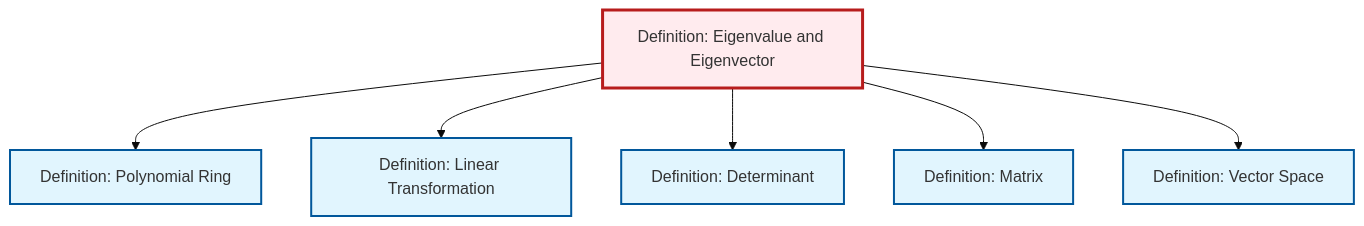
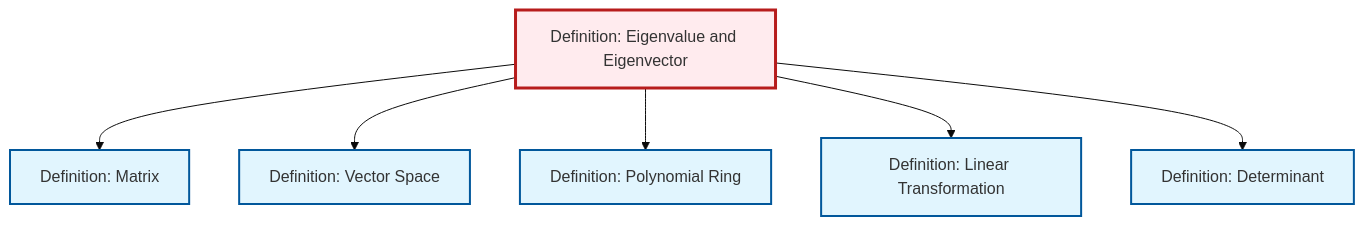
One commit to RK0429/ModernMath changed the diagram in content/en/algebra/def-eigenvalue-eigenvector.qmd. Above: the diagram before and after it, drawn with Mermaid (base theme). The commit also changed other lines of this file and 17 other files, not shown here.

First line of the commit message:
feat: Add Hilbert space definition with comprehensive cross-references

````diff
--- a/content/en/algebra/def-eigenvalue-eigenvector.qmd
+++ b/content/en/algebra/def-eigenvalue-eigenvector.qmd
@@ -74,26 +74,26 @@
 ```{mermaid}
 %%| fig-cap: "Local dependency graph"
 graph TD
     classDef definition fill:#e1f5fe,stroke:#01579b,stroke-width:2px
     classDef theorem fill:#f3e5f5,stroke:#4a148c,stroke-width:2px
     classDef axiom fill:#fff3e0,stroke:#e65100,stroke-width:2px
     classDef example fill:#e8f5e9,stroke:#1b5e20,stroke-width:2px
     classDef current fill:#ffebee,stroke:#b71c1c,stroke-width:3px
     def-vector-space["Definition: Vector Space"]:::definition
-    def-linear-transformation["Definition: Linear Transformation"]:::definition
-    def-polynomial-ring["Definition: Polynomial Ring"]:::definition
     def-matrix["Definition: Matrix"]:::definition
     def-determinant["Definition: Determinant"]:::definition
     def-eigenvalue-eigenvector["Definition: Eigenvalue and Eigenvector"]:::definition
+    def-polynomial-ring["Definition: Polynomial Ring"]:::definition
+    def-linear-transformation["Definition: Linear Transformation"]:::definition
+    def-eigenvalue-eigenvector --> def-matrix
+    def-eigenvalue-eigenvector --> def-vector-space
     def-eigenvalue-eigenvector --> def-polynomial-ring
     def-eigenvalue-eigenvector --> def-linear-transformation
     def-eigenvalue-eigenvector --> def-determinant
-    def-eigenvalue-eigenvector --> def-matrix
-    def-eigenvalue-eigenvector --> def-vector-space
     class def-eigenvalue-eigenvector current
     click def-vector-space "def-vector-space.html" "Go to Vector Space definition"
-    click def-linear-transformation "def-linear-transformation.html" "Go to Linear Transformation definition"
-    click def-polynomial-ring "def-polynomial-ring.html" "Go to Polynomial Ring definition"
     click def-matrix "def-matrix.html" "Go to Matrix definition"
     click def-determinant "def-determinant.html" "Go to Determinant definition"
+    click def-polynomial-ring "def-polynomial-ring.html" "Go to Polynomial Ring definition"
+    click def-linear-transformation "def-linear-transformation.html" "Go to Linear Transformation definition"
 ```
````
